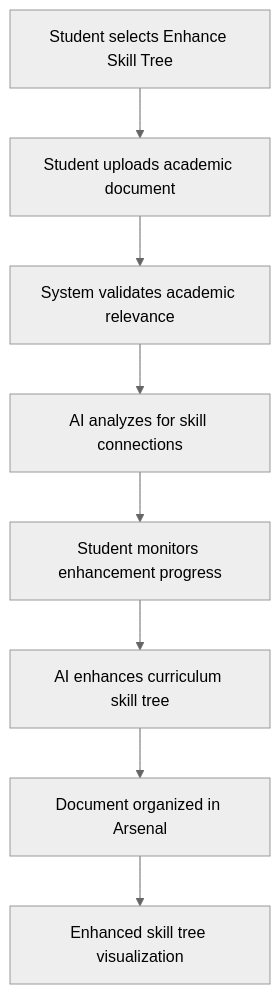
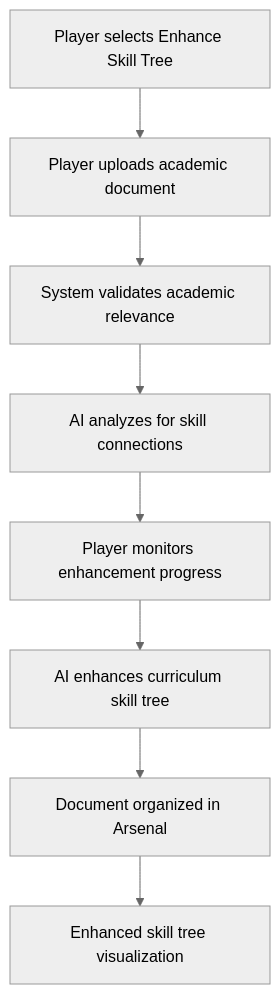
The second of 15 diagrams in docs/detailed-use-cases.md (FA25SE050-RogueLearn/RogueLearn.BMAD.Documentation), drawn with Mermaid (neutral theme) before and after one commit. The commit also changed other lines of this file, not shown here.

First line of the commit message:
docs: update terminology from "student" to "player" in use cases

````diff
--- a/docs/detailed-use-cases.md
+++ b/docs/detailed-use-cases.md
@@ -53,10 +53,10 @@
 ```mermaid
 flowchart TD
-    A[Student selects Enhance Skill Tree] --> B[Student uploads academic document]
+    A[Player selects Enhance Skill Tree] --> B[Player uploads academic document]
     B --> C[System validates academic relevance]
     C --> D[AI analyzes for skill connections]
-    D --> E[Student monitors enhancement progress]
+    D --> E[Player monitors enhancement progress]
     E --> F[AI enhances curriculum skill tree]
     F --> G[Document organized in Arsenal]
     G --> H[Enhanced skill tree visualization]
 ```
````
